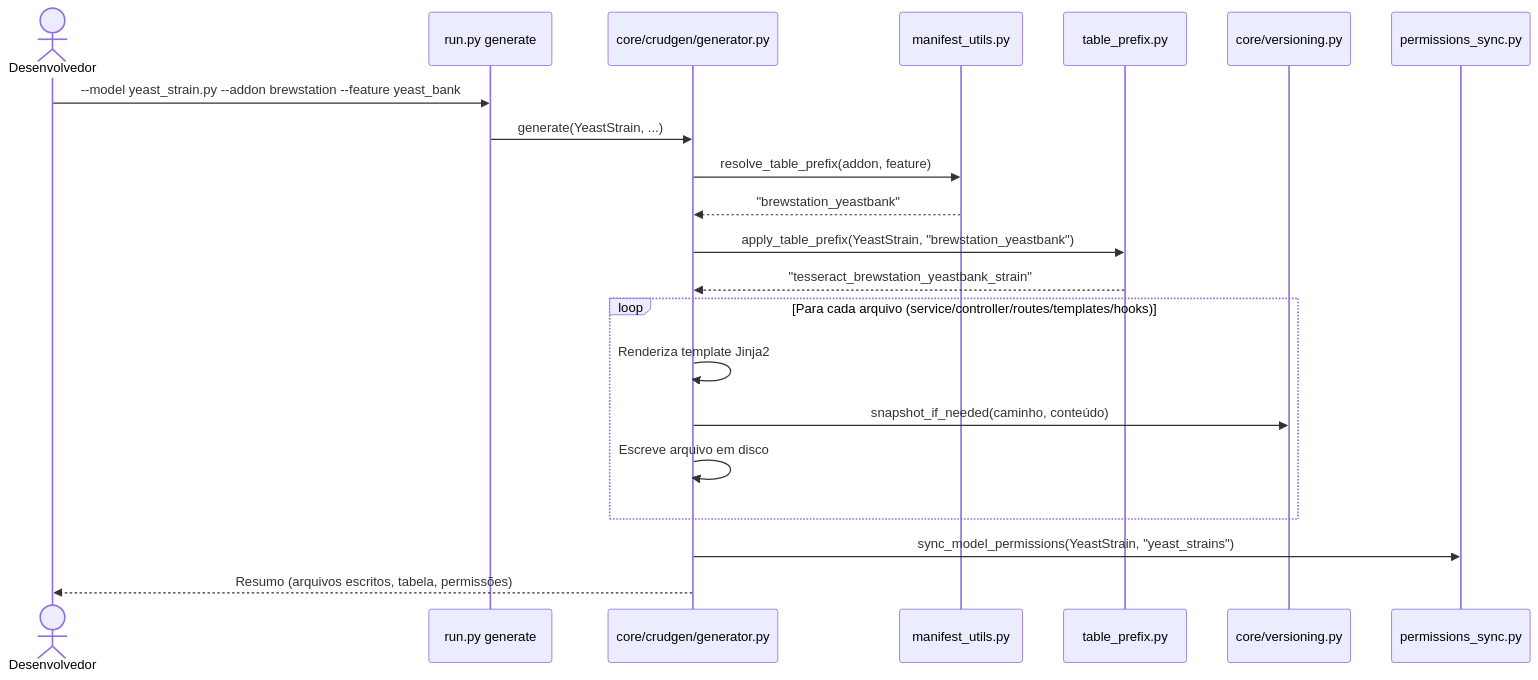
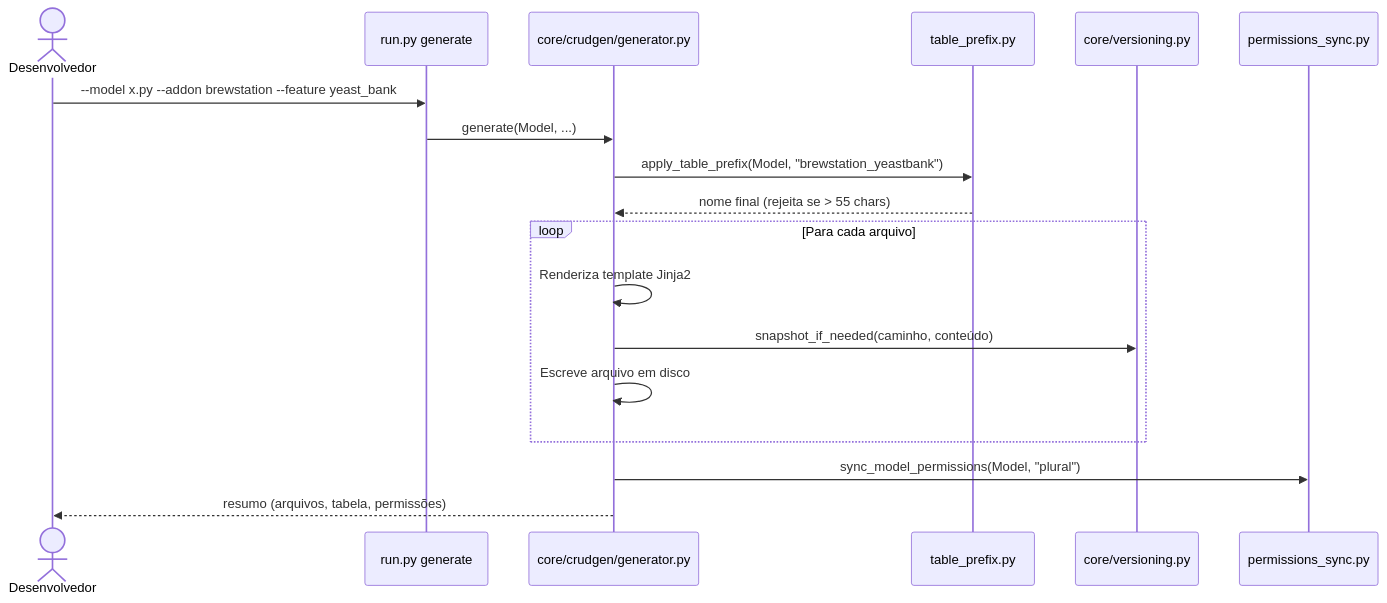
Before and after one commit to ChristopherNicolasSMM/Tesseract: the fifth of 5 diagrams in docs/technical/03-fluxos.md, drawn with Mermaid. The commit also changed other lines of this file and 23 other files, not shown here.

````diff
--- a/docs/technical/03-fluxos.md
+++ b/docs/technical/03-fluxos.md
@@ -53,24 +89,21 @@
 ```mermaid
 sequenceDiagram
     actor Dev as Desenvolvedor
     participant CLI as run.py generate
     participant Gen as core/crudgen/generator.py
-    participant Man as manifest_utils.py
     participant TP as table_prefix.py
     participant Ver as core/versioning.py
     participant Perm as permissions_sync.py
 
-    Dev->>CLI: --model yeast_strain.py --addon brewstation --feature yeast_bank
-    CLI->>Gen: generate(YeastStrain, ...)
-    Gen->>Man: resolve_table_prefix(addon, feature)
-    Man-->>Gen: "brewstation_yeastbank"
-    Gen->>TP: apply_table_prefix(YeastStrain, "brewstation_yeastbank")
-    TP-->>Gen: "tesseract_brewstation_yeastbank_strain"
-    loop Para cada arquivo (service/controller/routes/templates/hooks)
+    Dev->>CLI: --model x.py --addon brewstation --feature yeast_bank
+    CLI->>Gen: generate(Model, ...)
+    Gen->>TP: apply_table_prefix(Model, "brewstation_yeastbank")
+    TP-->>Gen: nome final (rejeita se > 55 chars)
+    loop Para cada arquivo
         Gen->>Gen: Renderiza template Jinja2
         Gen->>Ver: snapshot_if_needed(caminho, conteúdo)
         Gen->>Gen: Escreve arquivo em disco
     end
-    Gen->>Perm: sync_model_permissions(YeastStrain, "yeast_strains")
-    Gen-->>Dev: Resumo (arquivos escritos, tabela, permissões)
+    Gen->>Perm: sync_model_permissions(Model, "plural")
+    Gen-->>Dev: resumo (arquivos, tabela, permissões)
 ```
````
